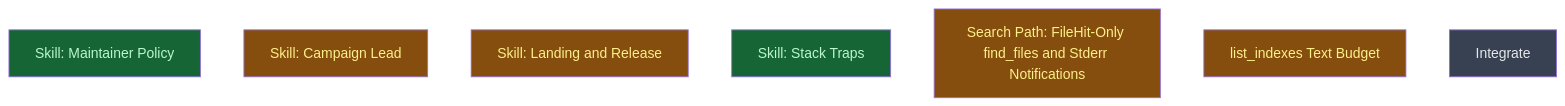
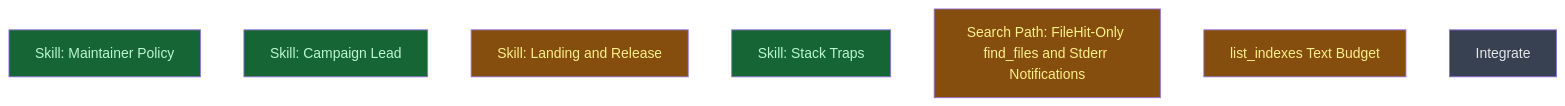
One commit to CrackingShells/colgrep-mcp changed the diagram in __roadmap__/dev_plugin/README.md. Above: the diagram before and after it, drawn with Mermaid. The commit also changed other lines of this file, not shown here.

Commit message:
docs(roadmap): mark skill_campaign_lead done

````diff
--- a/__roadmap__/dev_plugin/README.md
+++ b/__roadmap__/dev_plugin/README.md
@@ -33,15 +33,15 @@
 ```mermaid
 graph TD
     skill_policy[Skill: Maintainer Policy]:::done
-    skill_campaign_lead[Skill: Campaign Lead]:::inprogress
+    skill_campaign_lead[Skill: Campaign Lead]:::done
     skill_landing_release[Skill: Landing and Release]:::inprogress
     skill_stack_traps[Skill: Stack Traps]:::done
     search_path[Search Path: FileHit-Only find_files and Stderr Notifications]:::inprogress
     list_indexes_budget[list_indexes Text Budget]:::inprogress
     integrate[Integrate]:::planned
     classDef done       fill:#166534,color:#bbf7d0
     classDef inprogress fill:#854d0e,color:#fef08a
     classDef planned    fill:#374151,color:#e5e7eb
     classDef amendment  fill:#1e3a5f,color:#bfdbfe
     classDef blocked    fill:#7f1d1d,color:#fecaca
 ```
````
